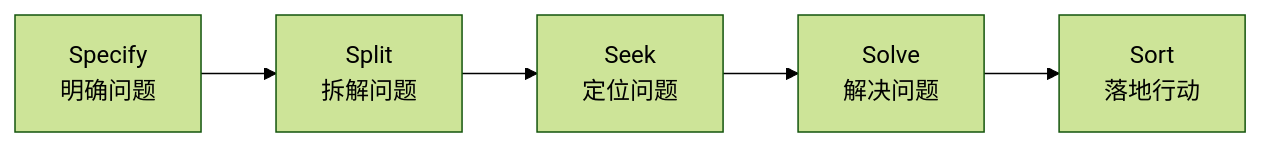
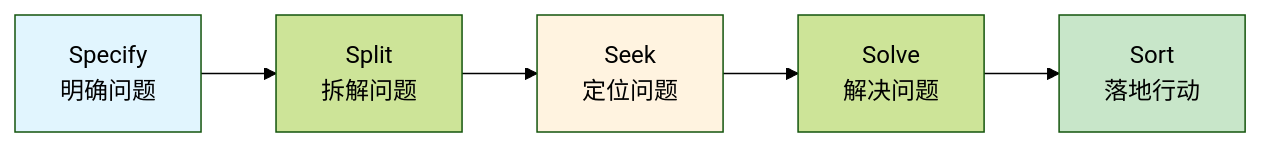
Before and after one commit to chongyang211/YCBookBlog: the second of 5 diagrams in packages/website/11.书籍/05.自我精进·成事/20.五步问题处理法.md, drawn with Mermaid (forest theme). The commit also changed other lines of this file and 5 other files, not shown here.

````diff
--- a/packages/website/11.书籍/05.自我精进·成事/20.五步问题处理法.md
+++ b/packages/website/11.书籍/05.自我精进·成事/20.五步问题处理法.md
@@ -71,7 +76,10 @@
 ```mermaid
 graph LR
     S1[Specify<br/>明确问题] --> S2[Split<br/>拆解问题]
     S2 --> S3[Seek<br/>定位问题]
     S3 --> S4[Solve<br/>解决问题]
     S4 --> S5[Sort<br/>落地行动]
+    style S1 fill:#e1f5fe
+    style S3 fill:#fff3e0
+    style S5 fill:#c8e6c9
 ```
````
